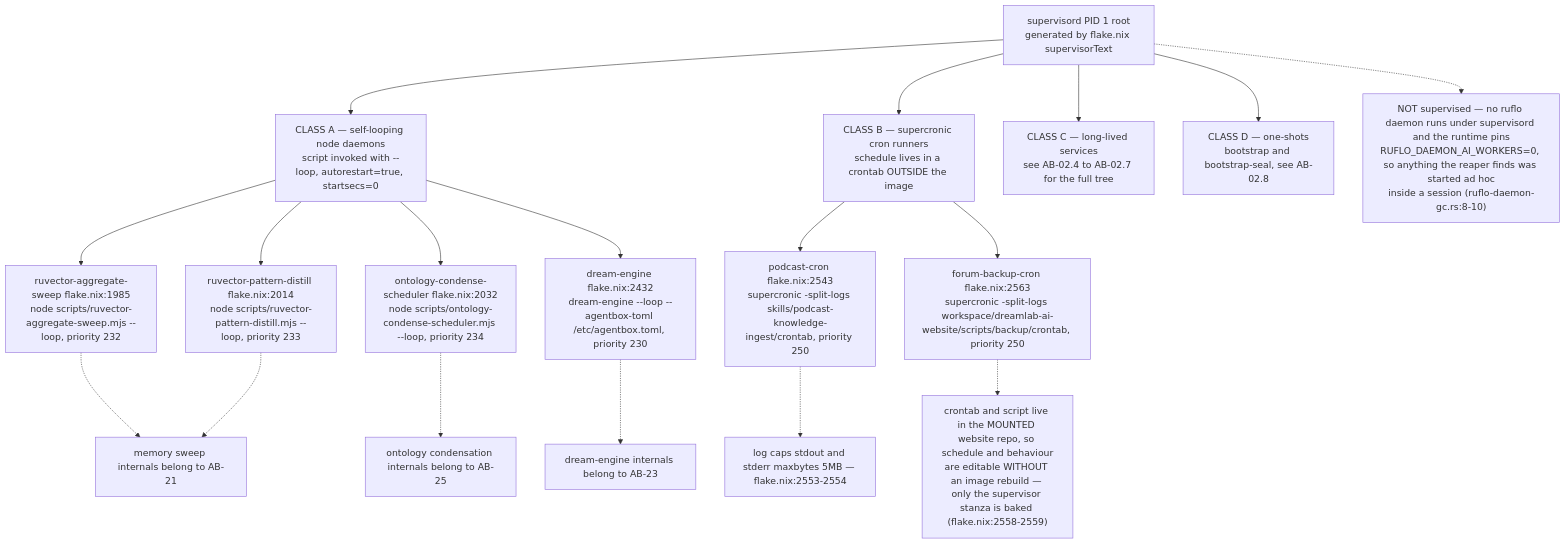
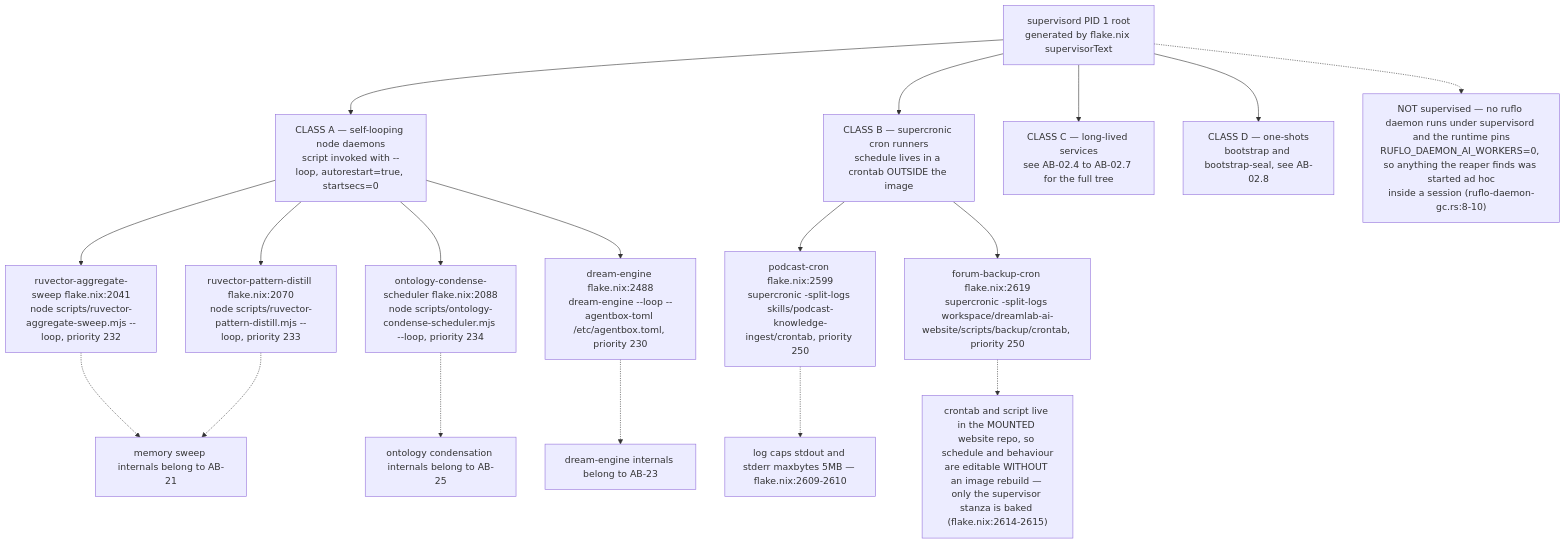
One commit to DreamLab-AI/VisionFlow changed the first of 11 diagrams in docs/diagrams/agentbox/07-daemons-reapers-cron-backups.md. Above: the diagram before and after it, drawn with Mermaid. The commit also changed other lines of this file and 94 other files, not shown here.

First line of the commit message:
docs(diagrams): re-verify 130 topics against 2 October HEADs

````diff
--- a/docs/diagrams/agentbox/07-daemons-reapers-cron-backups.md
+++ b/docs/diagrams/agentbox/07-daemons-reapers-cron-backups.md
@@ -26,20 +26,20 @@
 ```mermaid
 flowchart TD
     SUP["supervisord PID 1 root<br/>generated by flake.nix supervisorText"] --> C1["CLASS A — self-looping node daemons<br/>script invoked with --loop, autorestart=true, startsecs=0"]
     SUP --> C2["CLASS B — supercronic cron runners<br/>schedule lives in a crontab OUTSIDE the image"]
     SUP --> C3["CLASS C — long-lived services<br/>see AB-02.4 to AB-02.7 for the full tree"]
     SUP --> C4["CLASS D — one-shots<br/>bootstrap and bootstrap-seal, see AB-02.8"]
-    C1 --> A1["ruvector-aggregate-sweep flake.nix:1985<br/>node scripts/ruvector-aggregate-sweep.mjs --loop, priority 232"]
-    C1 --> A2["ruvector-pattern-distill flake.nix:2014<br/>node scripts/ruvector-pattern-distill.mjs --loop, priority 233"]
-    C1 --> A3["ontology-condense-scheduler flake.nix:2032<br/>node scripts/ontology-condense-scheduler.mjs --loop, priority 234"]
-    C1 --> A4["dream-engine flake.nix:2432<br/>dream-engine --loop --agentbox-toml /etc/agentbox.toml, priority 230"]
-    C2 --> B1["podcast-cron flake.nix:2543<br/>supercronic -split-logs skills/podcast-knowledge-ingest/crontab, priority 250"]
-    C2 --> B2["forum-backup-cron flake.nix:2563<br/>supercronic -split-logs workspace/dreamlab-ai-website/scripts/backup/crontab, priority 250"]
+    C1 --> A1["ruvector-aggregate-sweep flake.nix:2041<br/>node scripts/ruvector-aggregate-sweep.mjs --loop, priority 232"]
+    C1 --> A2["ruvector-pattern-distill flake.nix:2070<br/>node scripts/ruvector-pattern-distill.mjs --loop, priority 233"]
+    C1 --> A3["ontology-condense-scheduler flake.nix:2088<br/>node scripts/ontology-condense-scheduler.mjs --loop, priority 234"]
+    C1 --> A4["dream-engine flake.nix:2488<br/>dream-engine --loop --agentbox-toml /etc/agentbox.toml, priority 230"]
+    C2 --> B1["podcast-cron flake.nix:2599<br/>supercronic -split-logs skills/podcast-knowledge-ingest/crontab, priority 250"]
+    C2 --> B2["forum-backup-cron flake.nix:2619<br/>supercronic -split-logs workspace/dreamlab-ai-website/scripts/backup/crontab, priority 250"]
     A1 -.-> M1["memory sweep internals belong to AB-21"]
     A2 -.-> M1
     A3 -.-> M2["ontology condensation internals belong to AB-25"]
     A4 -.-> M3["dream-engine internals belong to AB-23"]
-    B1 -.-> N1["log caps stdout and stderr maxbytes 5MB — flake.nix:2553-2554"]
-    B2 -.-> N2["crontab and script live in the MOUNTED website repo, so schedule and behaviour<br/>are editable WITHOUT an image rebuild — only the supervisor stanza is baked (flake.nix:2558-2559)"]
+    B1 -.-> N1["log caps stdout and stderr maxbytes 5MB — flake.nix:2609-2610"]
+    B2 -.-> N2["crontab and script live in the MOUNTED website repo, so schedule and behaviour<br/>are editable WITHOUT an image rebuild — only the supervisor stanza is baked (flake.nix:2614-2615)"]
     SUP -.-> ADHOC["NOT supervised — no ruflo daemon runs under supervisord and the runtime pins<br/>RUFLO_DAEMON_AI_WORKERS=0, so anything the reaper finds was started ad hoc<br/>inside a session (ruflo-daemon-gc.rs:8-10)"]
 ```
````
